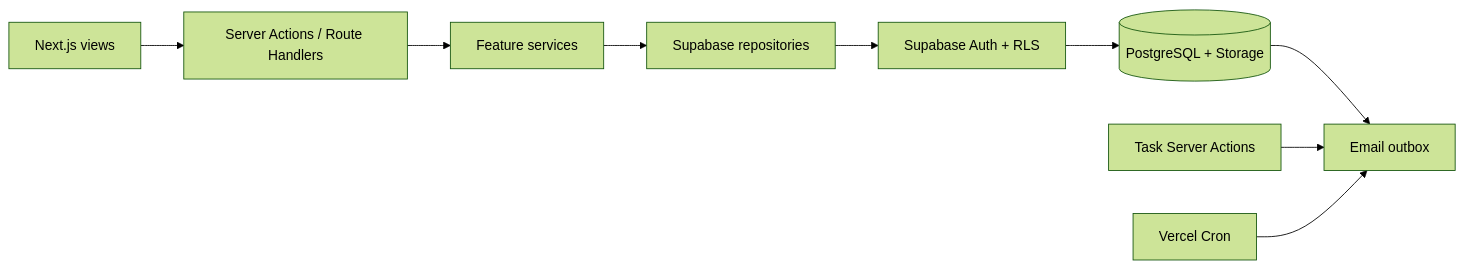
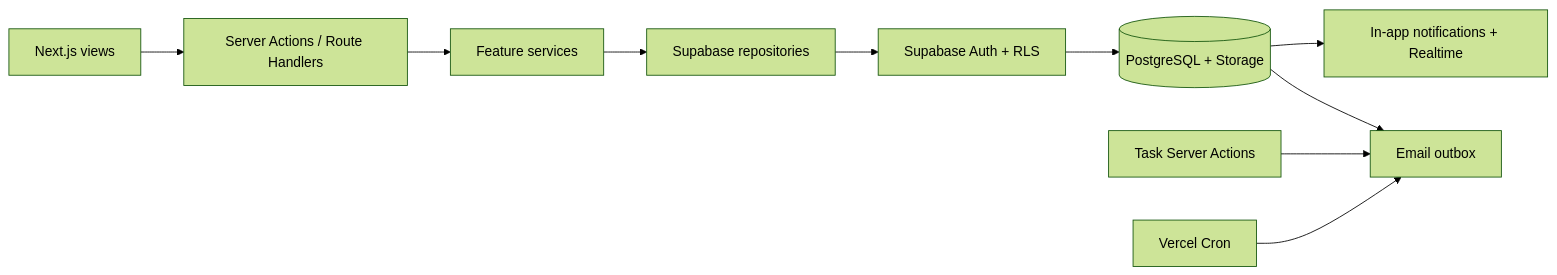
The second of 2 diagrams in README.md (arukenimon/task-mgmt-system), drawn with Mermaid (forest theme) before and after one commit. The commit also changed other lines of this file, not shown here.

````diff
--- a/README.md
+++ b/README.md
@@ -48,11 +51,12 @@
 ```mermaid
 flowchart LR
   View[Next.js views] --> Controller[Server Actions / Route Handlers]
   Controller --> Service[Feature services]
   Service --> Repository[Supabase repositories]
   Repository --> RLS[Supabase Auth + RLS]
   RLS --> Database[(PostgreSQL + Storage)]
+  Database --> Inbox[In-app notifications + Realtime]
   Database --> Outbox[Email outbox]
   Actions[Task Server Actions] --> Outbox
   Cron[Vercel Cron] --> Outbox
 ```
````
